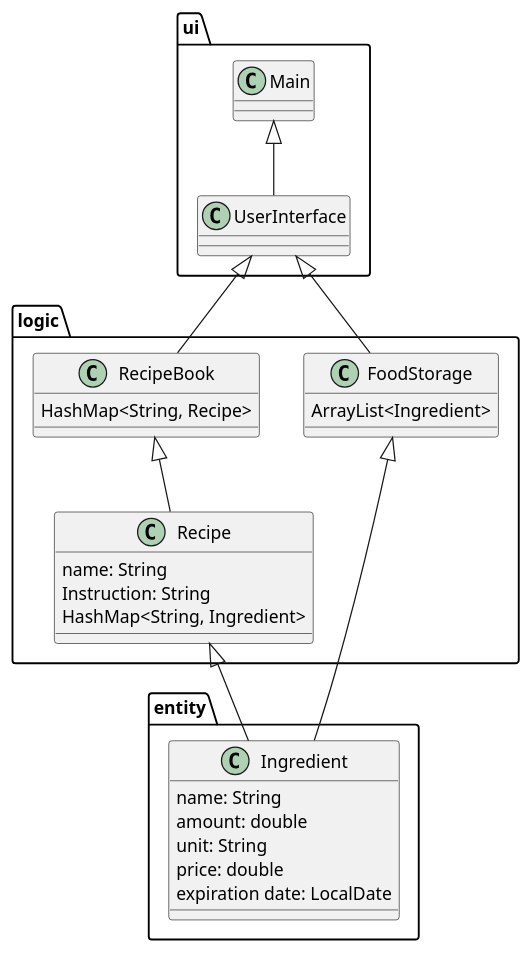
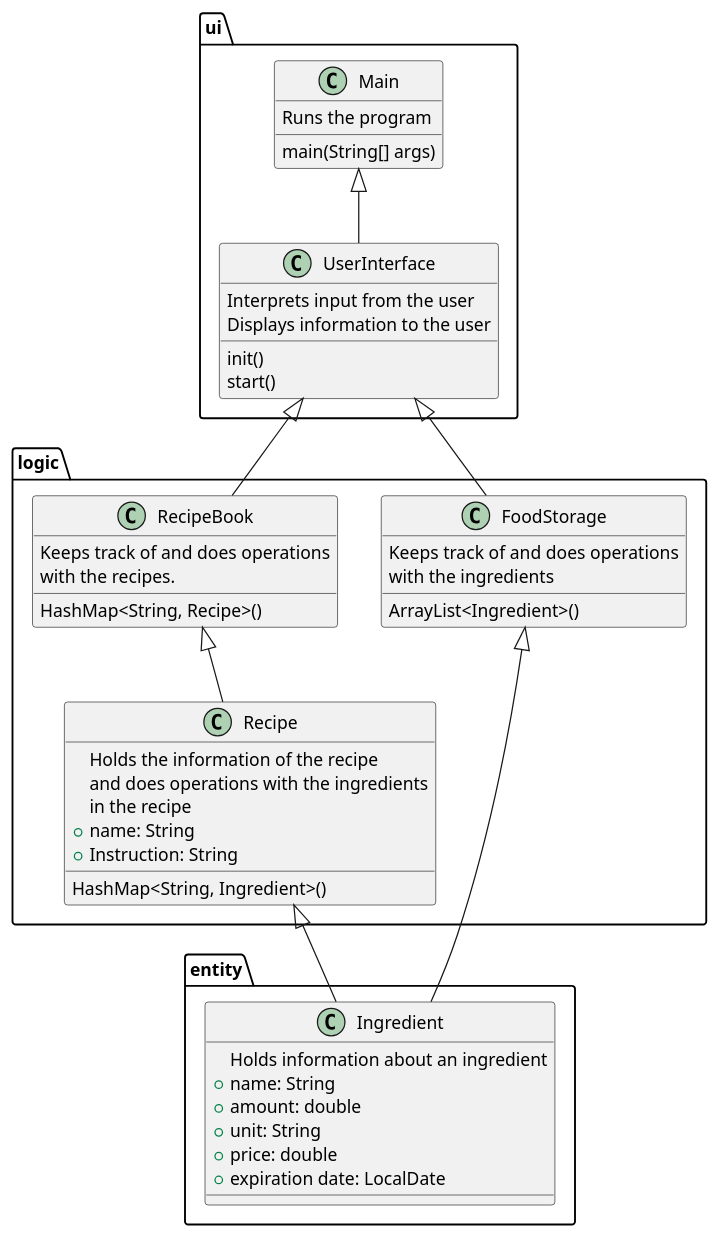
Before and after one commit to fridser/finished-foodwaste-project: the diagram in src/main/java/edu/ntnu/iir/bidata/fridser/ui/Class.puml, drawn with PlantUML.

Commit message:
finished class diagram

```diff
--- a/src/main/java/edu/ntnu/iir/bidata/fridser/ui/Class.puml
+++ b/src/main/java/edu/ntnu/iir/bidata/fridser/ui/Class.puml
@@ -1,43 +1,58 @@
 @startuml
 'https://plantuml.com/class-diagram
 
 logic.FoodStorage <|-- entity.Ingredient
 logic.RecipeBook <|-- logic.Recipe
 logic.Recipe <|-- entity.Ingredient
 ui.UserInterface <|-- logic.FoodStorage
 ui.UserInterface <|-- logic.RecipeBook
 ui.Main <|-- ui.UserInterface
 
 class ui.UserInterface {
+init()
+start()
+Interprets input from the user
+Displays information to the user
+
 }
 
 class ui.Main {
+main(String[] args)
+Runs the program
 }
 
 
 class logic.FoodStorage {
-ArrayList<Ingredient>
+ArrayList<Ingredient>()
+Keeps track of and does operations
+with the ingredients
 }
 
 class logic.RecipeBook {
-HashMap<String, Recipe>
+HashMap<String, Recipe>()
+Keeps track of and does operations
+with the recipes.
 }
 
 class logic.Recipe {
-name: String
-Instruction: String
-HashMap<String, Ingredient>
+Holds the information of the recipe
+and does operations with the ingredients
+in the recipe
++name: String
++Instruction: String
+HashMap<String, Ingredient>()
 }
 
 class entity.Ingredient {
-name: String
-amount: double
-unit: String
-price: double
-expiration date: LocalDate
+Holds information about an ingredient
++name: String
++amount: double
++unit: String
++price: double
++expiration date: LocalDate
 }
 
 
 
 
 @enduml
```
